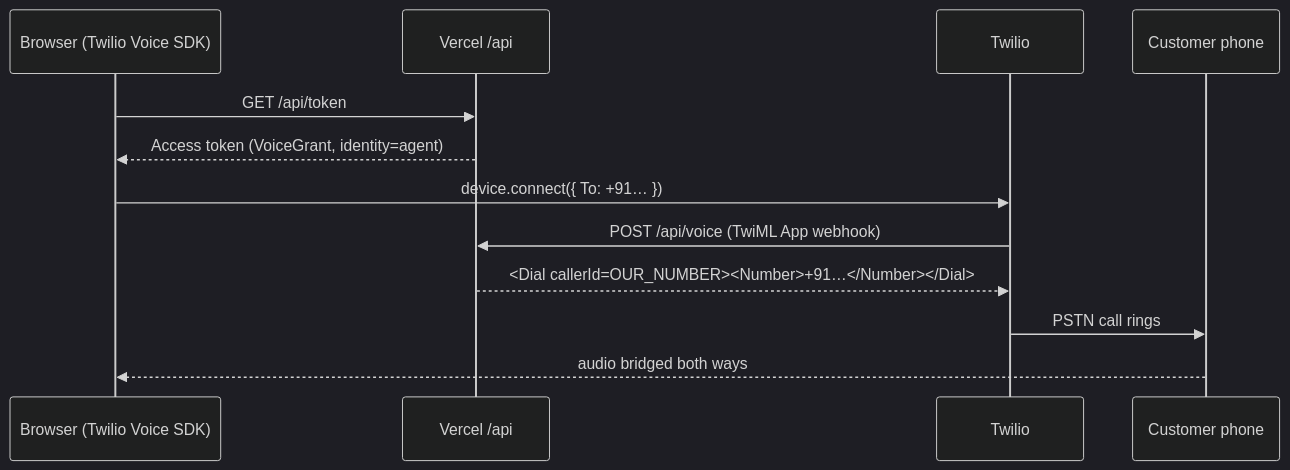
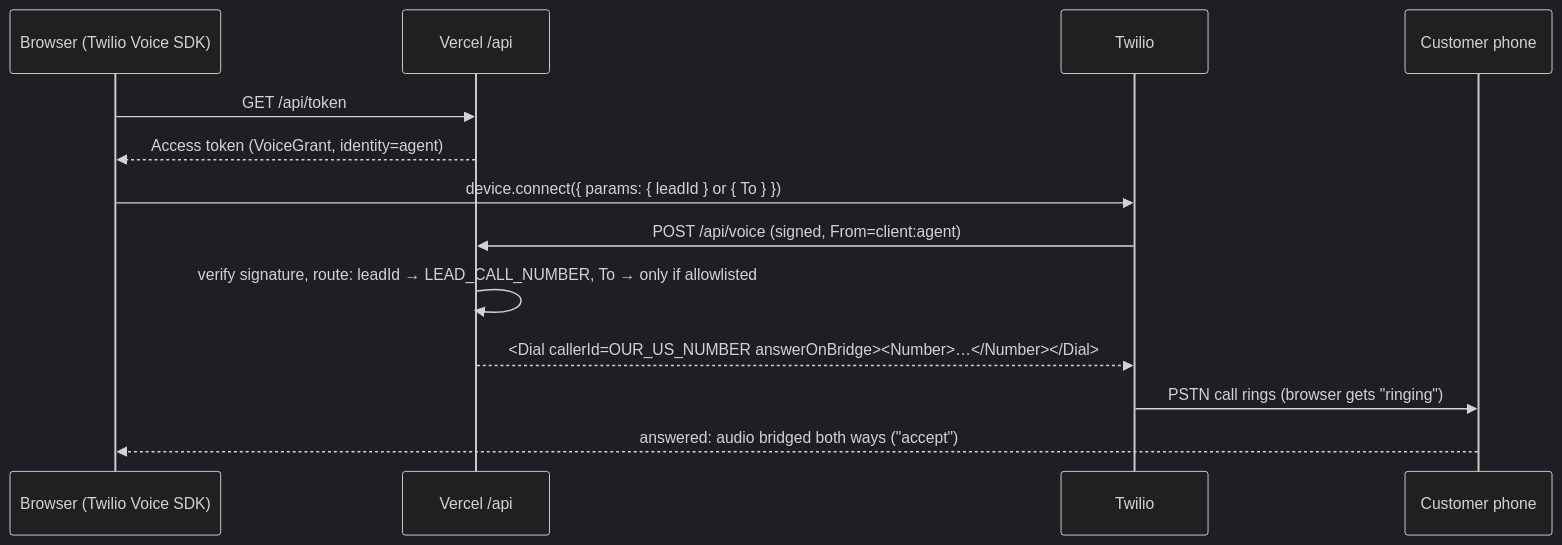
Before and after one commit to arnavXgupta/onground-callcentre: the third of 4 diagrams in flow.md, drawn with Mermaid (dark theme). The commit also changed other lines of this file and 41 other files, not shown here.

First line of the commit message:
feat(calling): browser softphone with Twilio Voice, inbound ringing, wrap-up

````diff
--- a/flow.md
+++ b/flow.md
@@ -67,14 +74,15 @@
 ```mermaid
 sequenceDiagram
   participant B as Browser (Twilio Voice SDK)
   participant V as Vercel /api
   participant T as Twilio
   participant P as Customer phone
   B->>V: GET /api/token
   V-->>B: Access token (VoiceGrant, identity=agent)
-  B->>T: device.connect({ To: +91… })
-  T->>V: POST /api/voice (TwiML App webhook)
-  V-->>T: <Dial callerId=OUR_NUMBER><Number>+91…</Number></Dial>
-  T->>P: PSTN call rings
-  P-->>B: audio bridged both ways
+  B->>T: device.connect({ params: { leadId } or { To } })
+  T->>V: POST /api/voice (signed, From=client:agent)
+  V->>V: verify signature, route: leadId → LEAD_CALL_NUMBER, To → only if allowlisted
+  V-->>T: <Dial callerId=OUR_US_NUMBER answerOnBridge><Number>…</Number></Dial>
+  T->>P: PSTN call rings (browser gets "ringing")
+  P-->>B: answered: audio bridged both ways ("accept")
 ```
````
